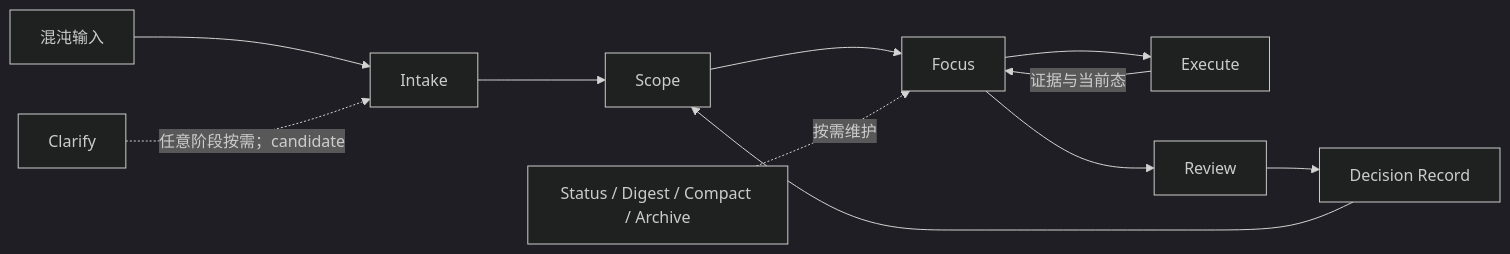
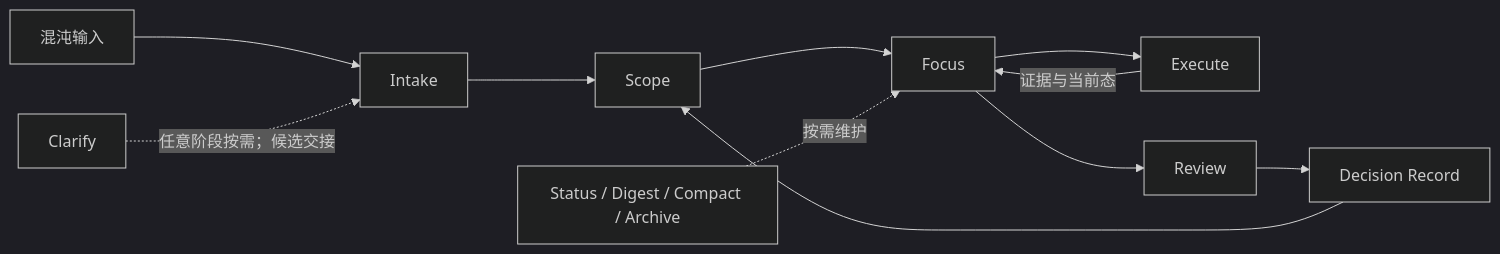
One commit to ArnoFrost/prism changed the diagram in docs/prism-3.2.md. Above: the diagram before and after it, drawn with Mermaid (dark theme). The commit also changed other lines of this file and 54 other files, not shown here.

````diff
--- a/docs/prism-3.2.md
+++ b/docs/prism-3.2.md
@@ -15,13 +15,13 @@
 ```mermaid
 flowchart LR
   X["混沌输入"] --> I["Intake"]
   I --> S["Scope"]
   S --> F["Focus"]
-  C["Clarify"] -. "任意阶段按需；candidate" .-> I
+  C["Clarify"] -. "任意阶段按需；候选交接" .-> I
   F --> E["Execute"]
   E -->|"证据与当前态"| F
   F --> R["Review"]
   R --> D["Decision Record"]
   D --> S
   T["Status / Digest / Compact / Archive"] -. "按需维护" .-> F
 ```
````
